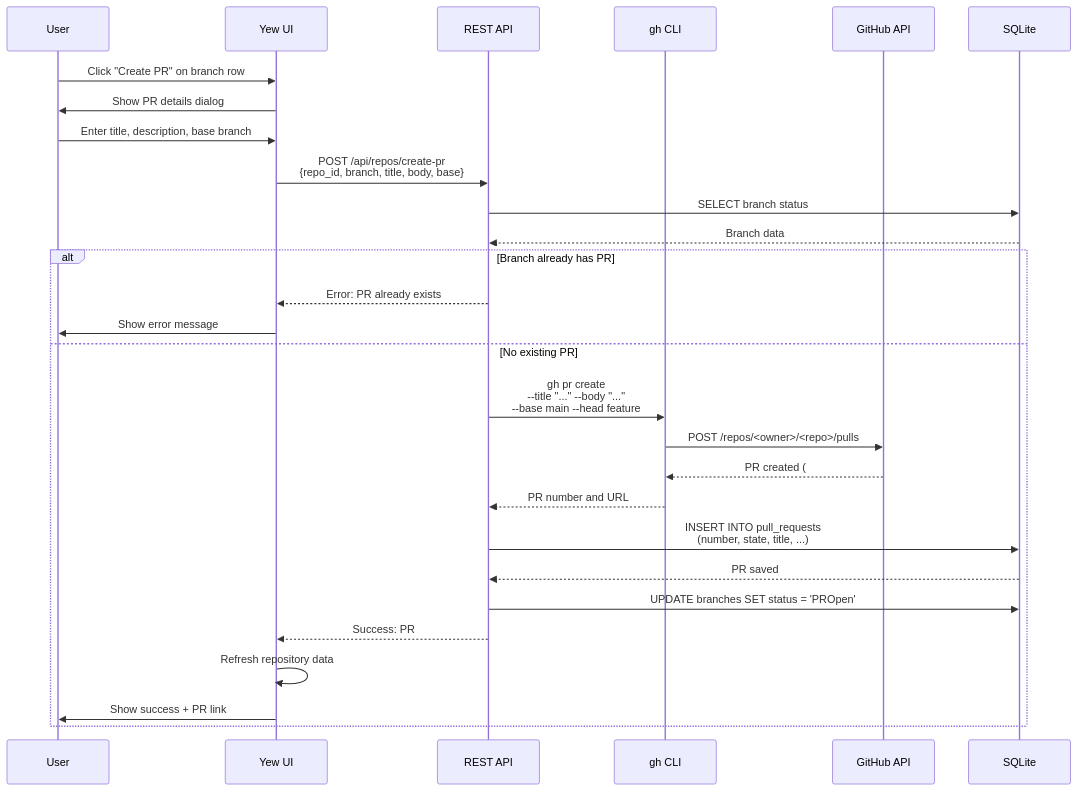
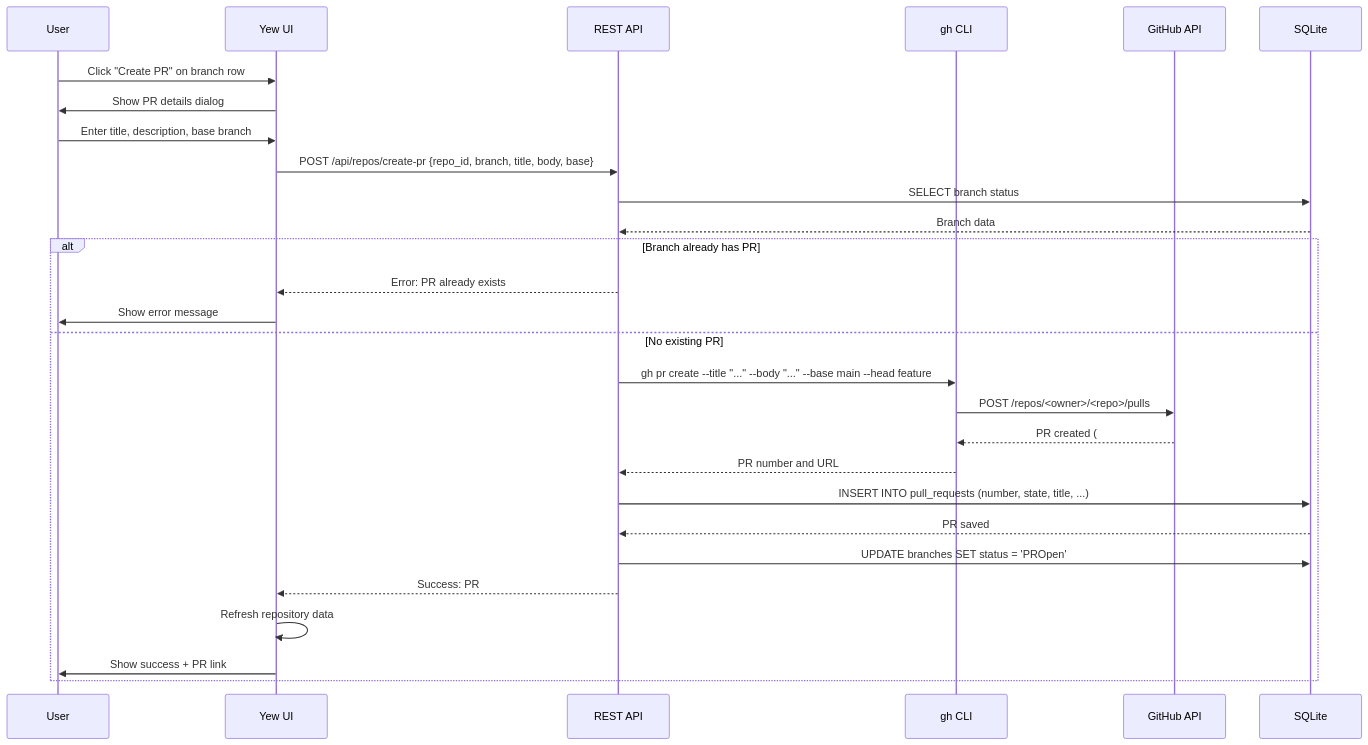
The sixth of 12 diagrams in wiki/Data-Flow.md (softwarewrighter/overall), drawn with Mermaid before and after one commit. The commit also changed other lines of this file and 4 other files, not shown here.

First line of the commit message:
Fix wiki Mermaid diagrams: remove <br/> tags

````diff
--- a/wiki/Data-Flow.md
+++ b/wiki/Data-Flow.md
@@ -272,36 +272,36 @@
 ```mermaid
 sequenceDiagram
     participant User
     participant UI as Yew UI
     participant API as REST API
     participant GH as gh CLI
     participant GitHub as GitHub API
     participant DB as SQLite
 
     User->>UI: Click "Create PR" on branch row
     UI->>User: Show PR details dialog
     User->>UI: Enter title, description, base branch
-    UI->>API: POST /api/repos/create-pr<br/>{repo_id, branch, title, body, base}
+    UI->>API: POST /api/repos/create-pr {repo_id, branch, title, body, base}
 
     API->>DB: SELECT branch status
     DB-->>API: Branch data
 
     alt Branch already has PR
         API-->>UI: Error: PR already exists
         UI->>User: Show error message
     else No existing PR
-        API->>GH: gh pr create<br/>--title "..." --body "..."<br/>--base main --head feature
+        API->>GH: gh pr create --title "..." --body "..." --base main --head feature
         GH->>GitHub: POST /repos/<owner>/<repo>/pulls
         GitHub-->>GH: PR created (#123)
         GH-->>API: PR number and URL
 
-        API->>DB: INSERT INTO pull_requests<br/>(number, state, title, ...)
+        API->>DB: INSERT INTO pull_requests (number, state, title, ...)
         DB-->>API: PR saved
 
         API->>DB: UPDATE branches SET status = 'PROpen'
 
         API-->>UI: Success: PR #123 created
         UI->>UI: Refresh repository data
         UI->>User: Show success + PR link
     end
 ```
````
